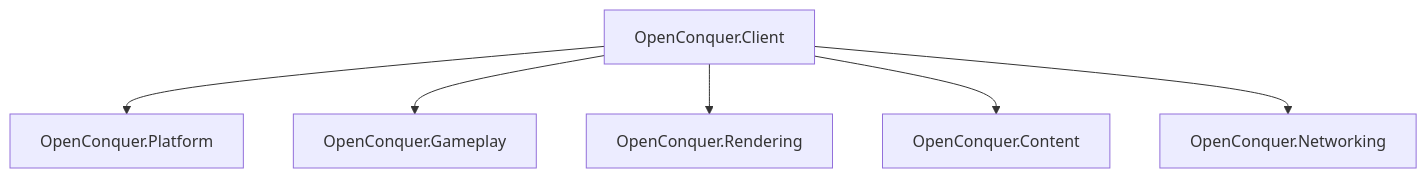
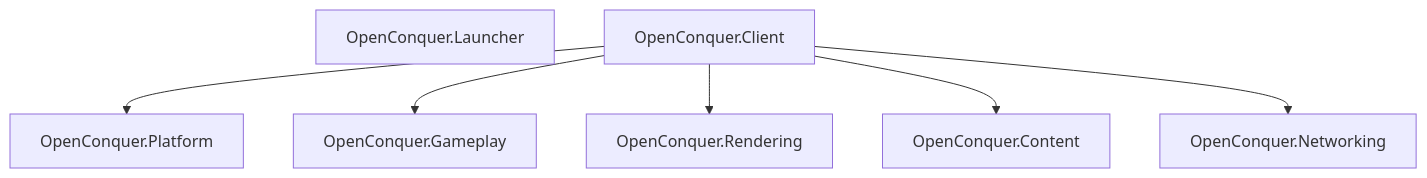
One commit to berniemackie97/OpenConquerClient changed the first of 3 diagrams in docs/architecture/architecture.md. Above: the diagram before and after it, drawn with Mermaid. The commit also changed other lines of this file and 15 other files, not shown here.

````diff
--- a/docs/architecture/architecture.md
+++ b/docs/architecture/architecture.md
@@ -14,16 +23,18 @@
 ```mermaid
 flowchart TD
+    Launcher["OpenConquer.Launcher"]
+
     Client["OpenConquer.Client"]
 
     Platform["OpenConquer.Platform"]
     Gameplay["OpenConquer.Gameplay"]
     Rendering["OpenConquer.Rendering"]
     Content["OpenConquer.Content"]
     Networking["OpenConquer.Networking"]
 
     Client --> Platform
     Client --> Gameplay
     Client --> Rendering
     Client --> Content
     Client --> Networking
 ```
````
